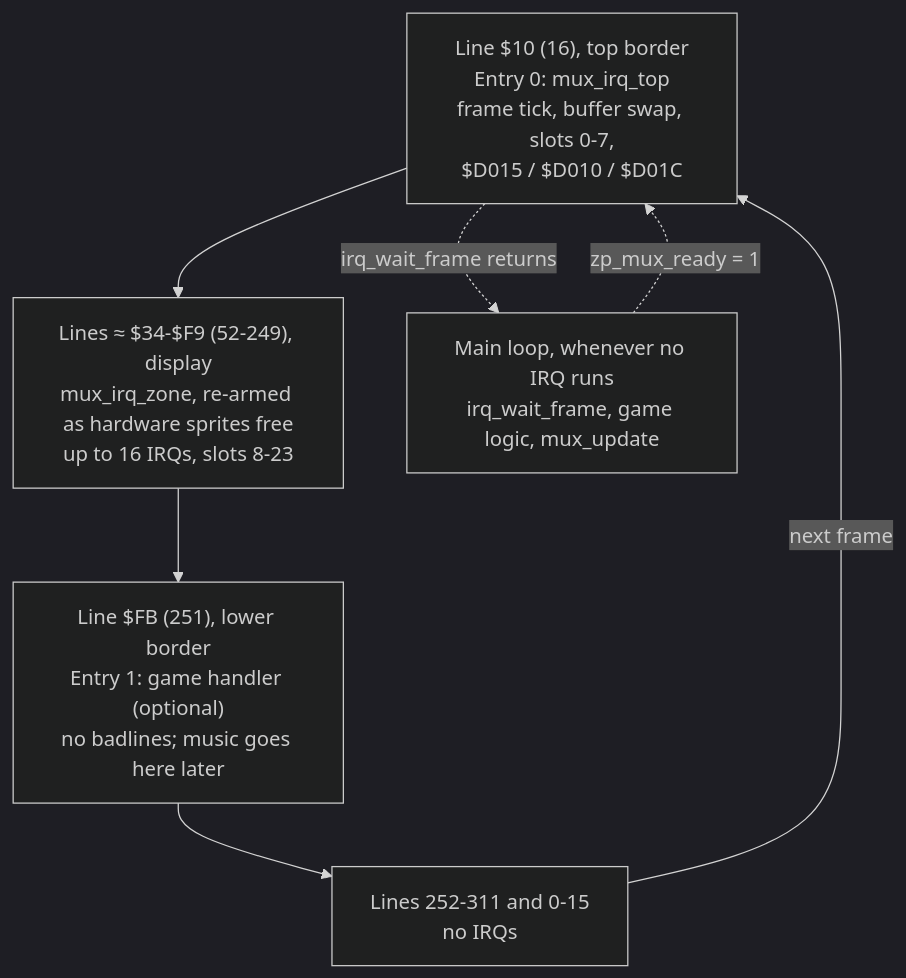
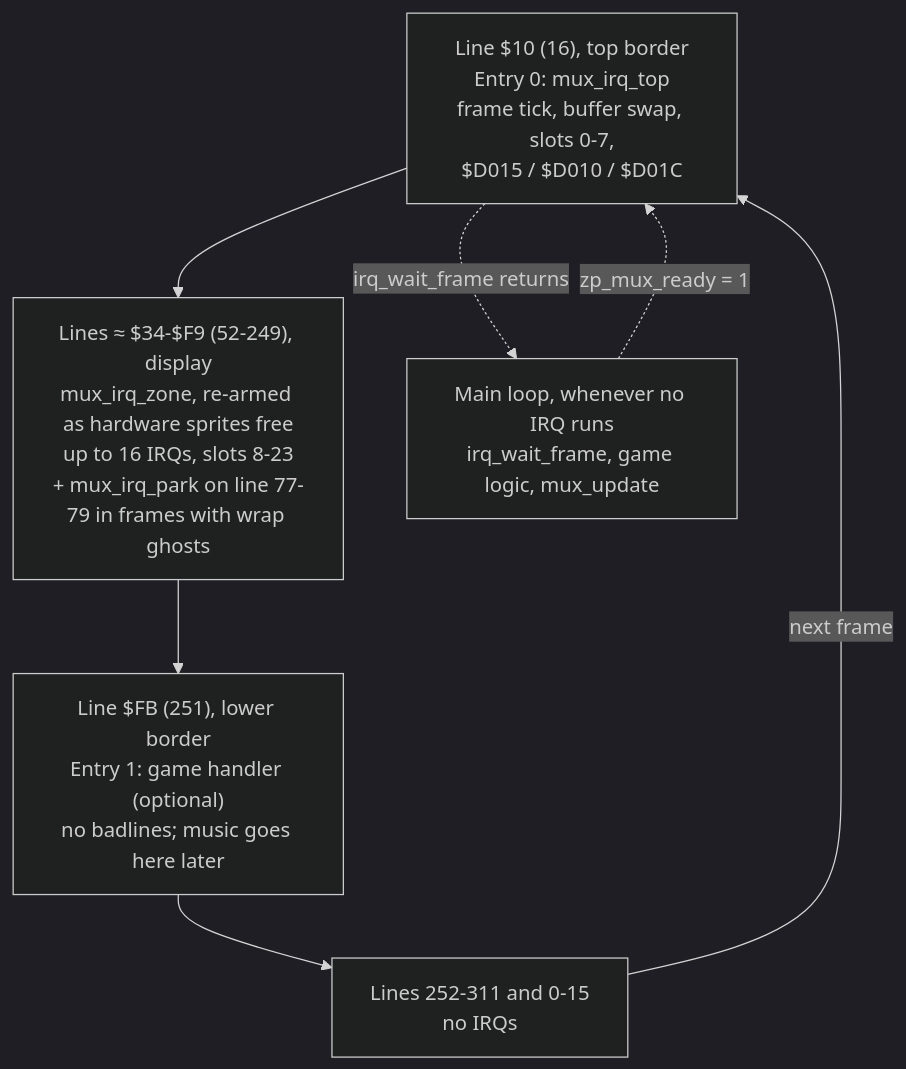
One commit to s474/vs64_software_house changed the fifth of 6 diagrams in engine/README.md. Above: the diagram before and after it, drawn with Mermaid (dark theme). The commit also changed other lines of this file and 7 other files, not shown here.

First line of the commit message:
M3 stage 3.5: park wrap-ghost sprites, lock mux_irq_top at 393

````diff
--- a/engine/README.md
+++ b/engine/README.md
@@ -890,11 +1031,11 @@
 ```mermaid
 flowchart TB
     A["Line $10 (16), top border<br/>Entry 0: mux_irq_top<br/>frame tick, buffer swap, slots 0-7,<br/>$D015 / $D010 / $D01C"]
-    B["Lines ≈ $34-$F9 (52-249), display<br/>mux_irq_zone, re-armed as hardware sprites free<br/>up to 16 IRQs, slots 8-23"]
+    B["Lines ≈ $34-$F9 (52-249), display<br/>mux_irq_zone, re-armed as hardware sprites free<br/>up to 16 IRQs, slots 8-23<br/>+ mux_irq_park on line 77-79 in frames with wrap ghosts"]
     C["Line $FB (251), lower border<br/>Entry 1: game handler (optional)<br/>no badlines; music goes here later"]
     D["Lines 252-311 and 0-15<br/>no IRQs"]
     M["Main loop, whenever no IRQ runs<br/>irq_wait_frame, game logic, mux_update"]
     A --> B --> C --> D -->|"next frame"| A
     A -.->|"irq_wait_frame returns"| M
     M -.->|"zp_mux_ready = 1"| A
 ```
````
